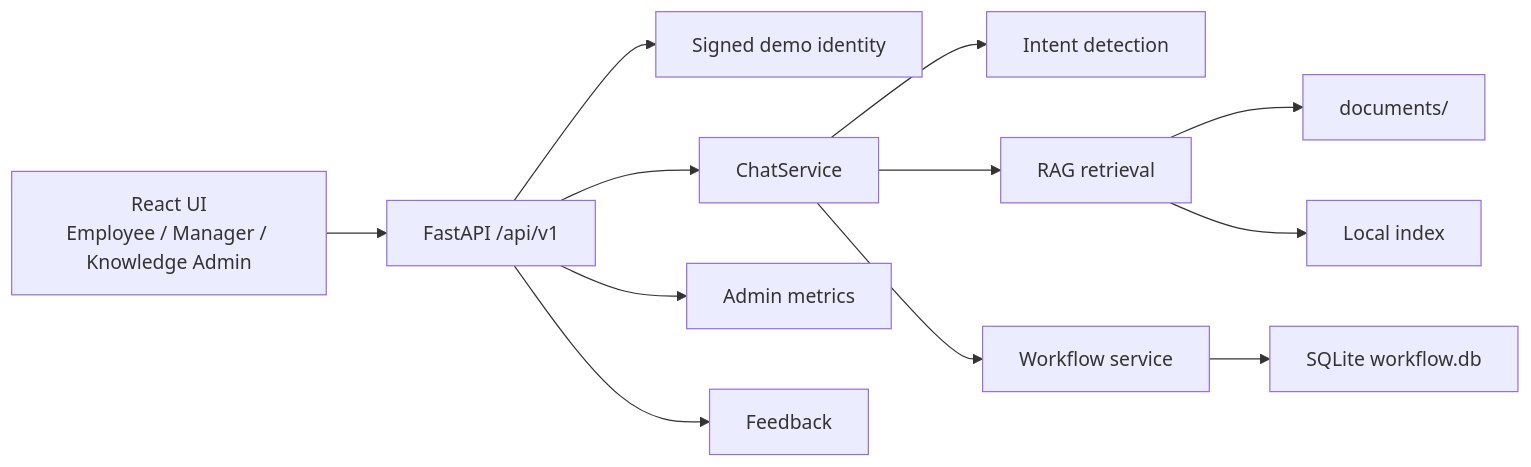
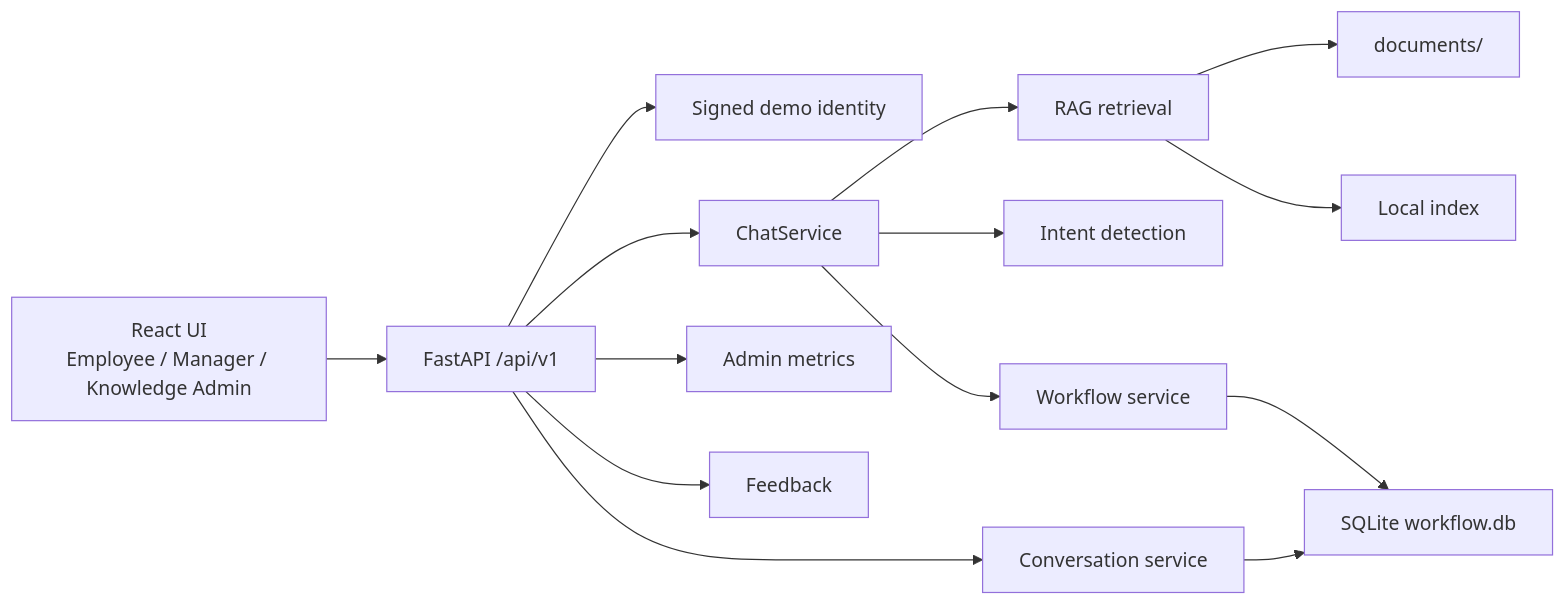
One commit to JDH-d/AI-in-HR_DEMO changed the diagram in README.md. Above: the diagram before and after it, drawn with Mermaid. The commit also changed other lines of this file and 28 other files, not shown here.

````diff
--- a/README.md
+++ b/README.md
@@ -209,14 +212,16 @@
 ```mermaid
 flowchart LR
     React["React UI<br/>Employee / Manager / Knowledge Admin"] --> API["FastAPI /api/v1"]
     API --> Auth["Signed demo identity"]
     API --> Chat["ChatService"]
+    API --> Conversations["Conversation service"]
     Chat --> Intent["Intent detection"]
     Chat --> RAG["RAG retrieval"]
     Chat --> Workflow["Workflow service"]
     RAG --> Docs["documents/"]
     RAG --> Index["Local index"]
     Workflow --> SQLite["SQLite workflow.db"]
+    Conversations --> SQLite
     API --> Metrics["Admin metrics"]
     API --> Feedback["Feedback"]
 ```
````
